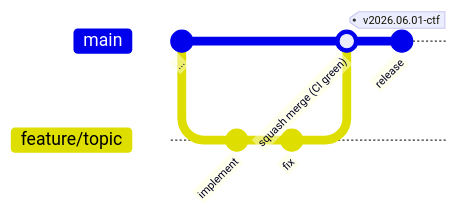
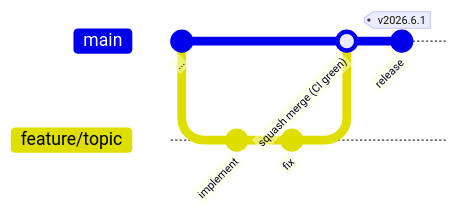
One commit to Qfour/falco-ctf-app changed the diagram in CLAUDE.md. Above: the diagram before and after it, drawn with Mermaid. The commit also changed other lines of this file, not shown here.

Commit message:
docs(claude-md): release の tag の形の記述を ADR-WS-0017 の形に (v<YYYY>.<M>.<D>、0 埋め・suffix・.N なし) — CEO の merge

````diff
--- a/CLAUDE.md
+++ b/CLAUDE.md
@@ -129,11 +129,11 @@
 ```mermaid
 gitGraph
    commit id: "..."
    branch feature/topic
    checkout feature/topic
    commit id: "implement"
    commit id: "fix"
    checkout main
    merge feature/topic id: "squash merge (CI green)"
-   commit id: "release" tag: "v2026.06.01-ctf"
+   commit id: "release" tag: "v2026.6.1"
 ```
````
